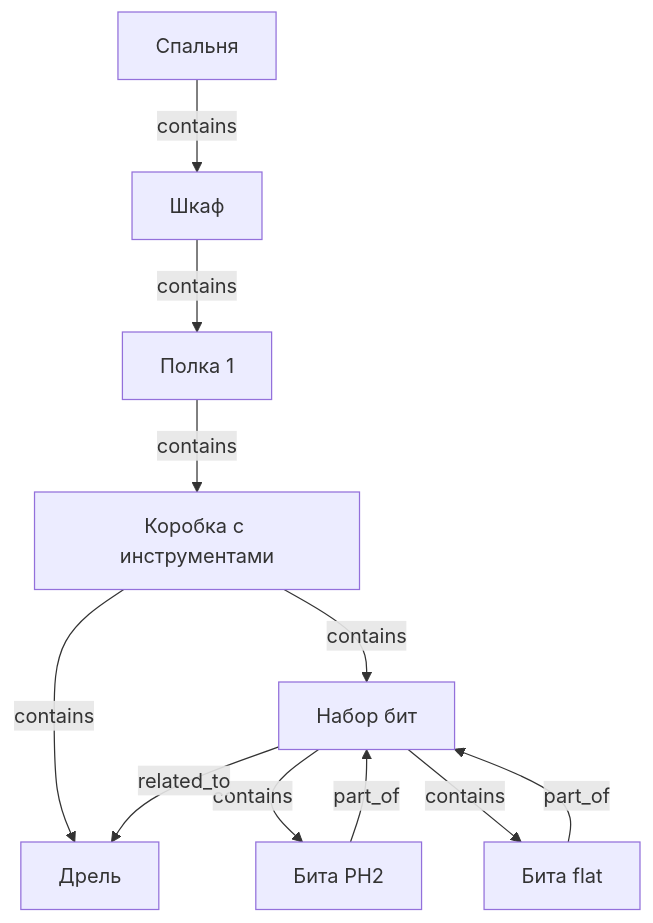
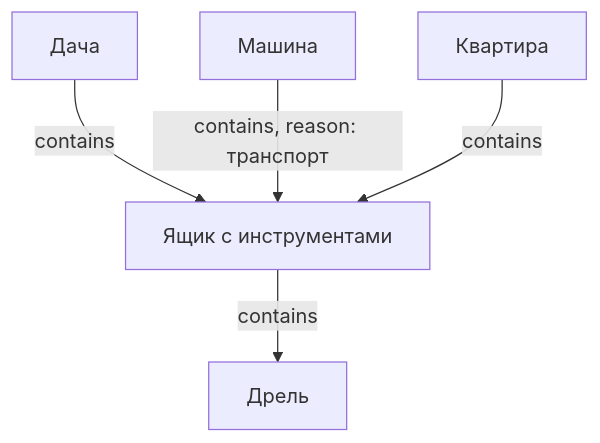
Before and after one commit to kscht/domovoy: the fourth of 5 diagrams in docs/database.md, drawn with Mermaid. The commit also changed other lines of this file, not shown here.

First line of the commit message:
docs: add transport, repair and shopping scenarios to graph model

````diff
--- a/docs/database.md
+++ b/docs/database.md
@@ -66,23 +116,15 @@
 ```mermaid
 graph TD
-    Room[Спальня]
-    Wardrobe[Шкаф]
-    Shelf1[Полка 1]
-    Box1[Коробка с инструментами]
+    LocationA[Дача]
+    LocationB[Квартира]
+    Car[Машина]
+
     Drill[Дрель]
-    BitSet[Набор бит]
-    Bit1[Бита PH2]
-    Bit2[Бита flat]
+    Toolbox[Ящик с инструментами]
 
-    Room -->|contains| Wardrobe
-    Wardrobe -->|contains| Shelf1
-    Shelf1 -->|contains| Box1
-    Box1 -->|contains| Drill
-    Box1 -->|contains| BitSet
-    BitSet -->|contains| Bit1
-    BitSet -->|contains| Bit2
+    LocationA -->|contains| Toolbox
+    Toolbox -->|contains| Drill
 
-    Bit1 -->|part_of| BitSet
-    Bit2 -->|part_of| BitSet
-    BitSet -->|related_to| Drill
+    Car -->|contains, reason: транспорт| Toolbox
+    LocationB -->|contains| Toolbox
 ```
````
